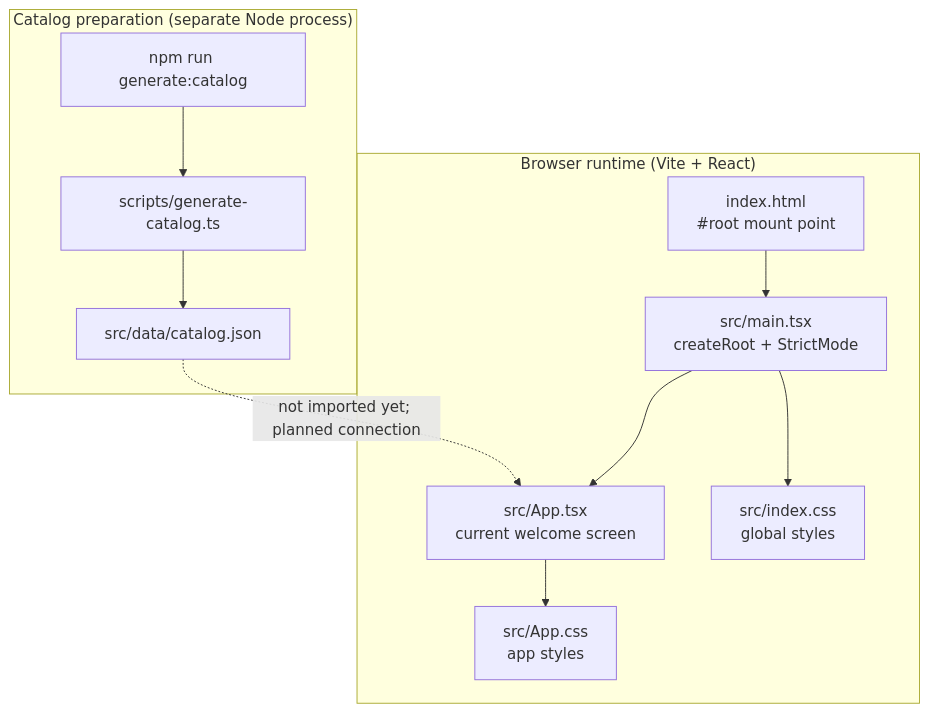
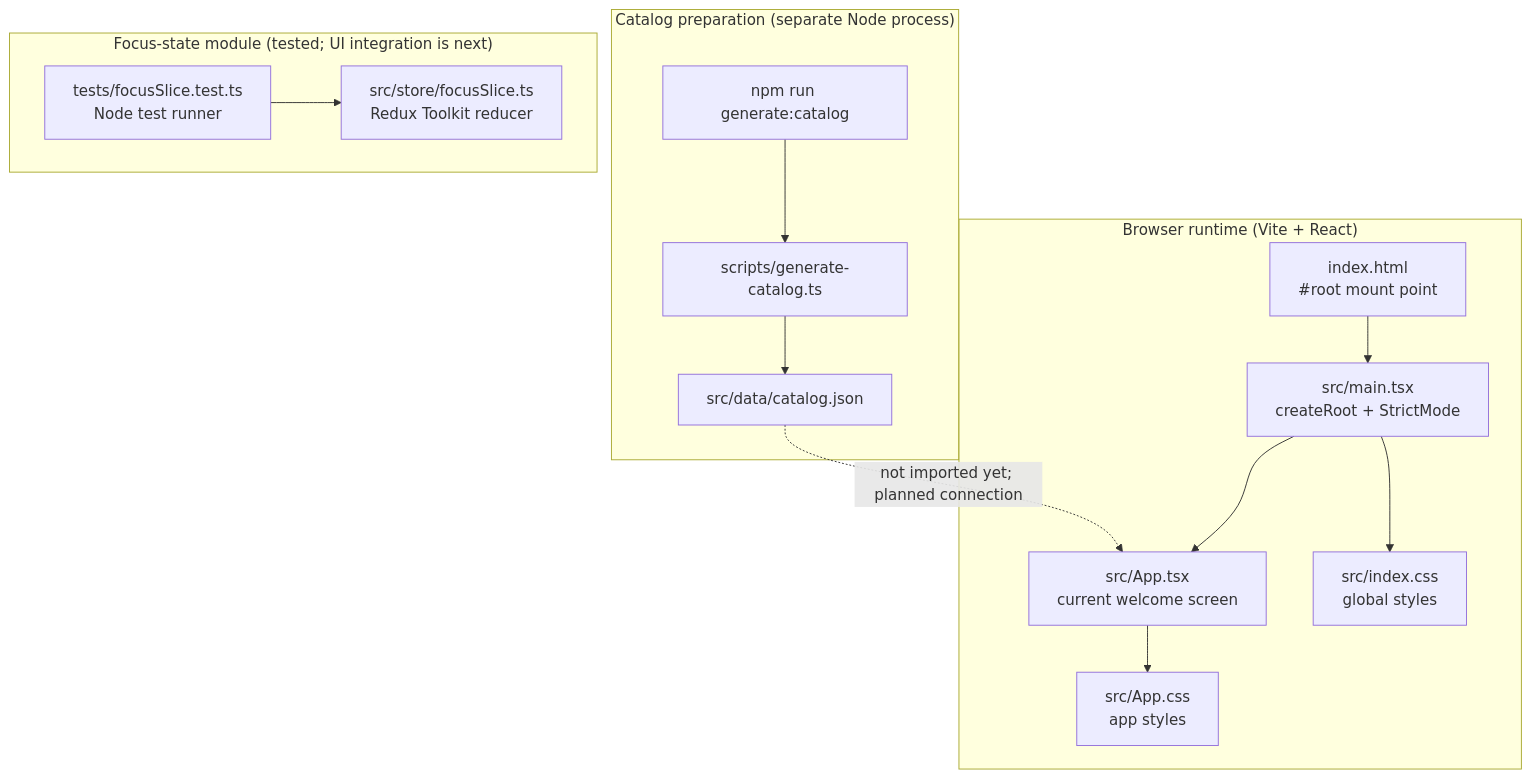
Before and after one commit to sumitjangid/TV-UI-Perf-Lab: the diagram in docs/architecture.md, drawn with Mermaid. The commit also changed other lines of this file and 10 other files, not shown here.

Commit message:
feat: add tested Redux focus model

````diff
--- a/docs/architecture.md
+++ b/docs/architecture.md
@@ -16,16 +16,20 @@
 ```mermaid
 flowchart TB
   subgraph catalog["Catalog preparation (separate Node process)"]
     command["npm run generate:catalog"] --> generator["scripts/generate-catalog.ts"]
     generator --> data["src/data/catalog.json"]
   end
 
   subgraph browser["Browser runtime (Vite + React)"]
     html["index.html<br/>#root mount point"] --> entry["src/main.tsx<br/>createRoot + StrictMode"]
     entry --> app["src/App.tsx<br/>current welcome screen"]
     entry --> globalStyles["src/index.css<br/>global styles"]
     app --> appStyles["src/App.css<br/>app styles"]
   end
 
+  subgraph focusModel["Focus-state module (tested; UI integration is next)"]
+    tests["tests/focusSlice.test.ts<br/>Node test runner"] --> reducer["src/store/focusSlice.ts<br/>Redux Toolkit reducer"]
+  end
+
   data -. "not imported yet; planned connection" .-> app
 ```
````
